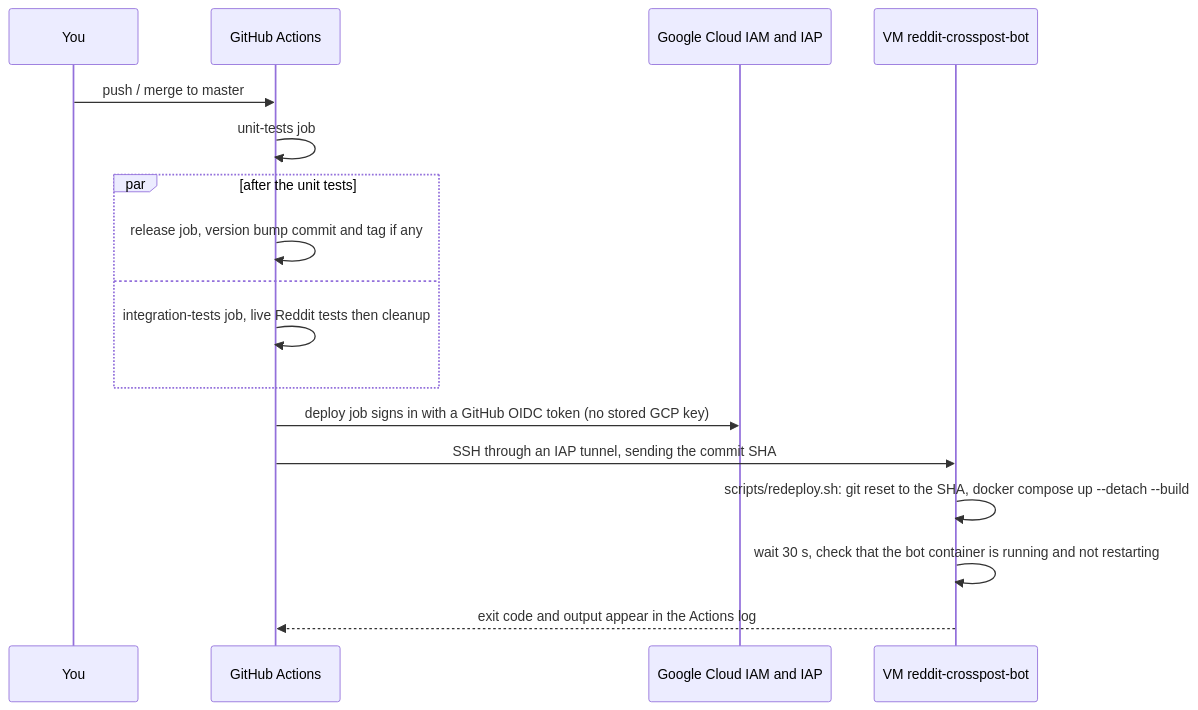
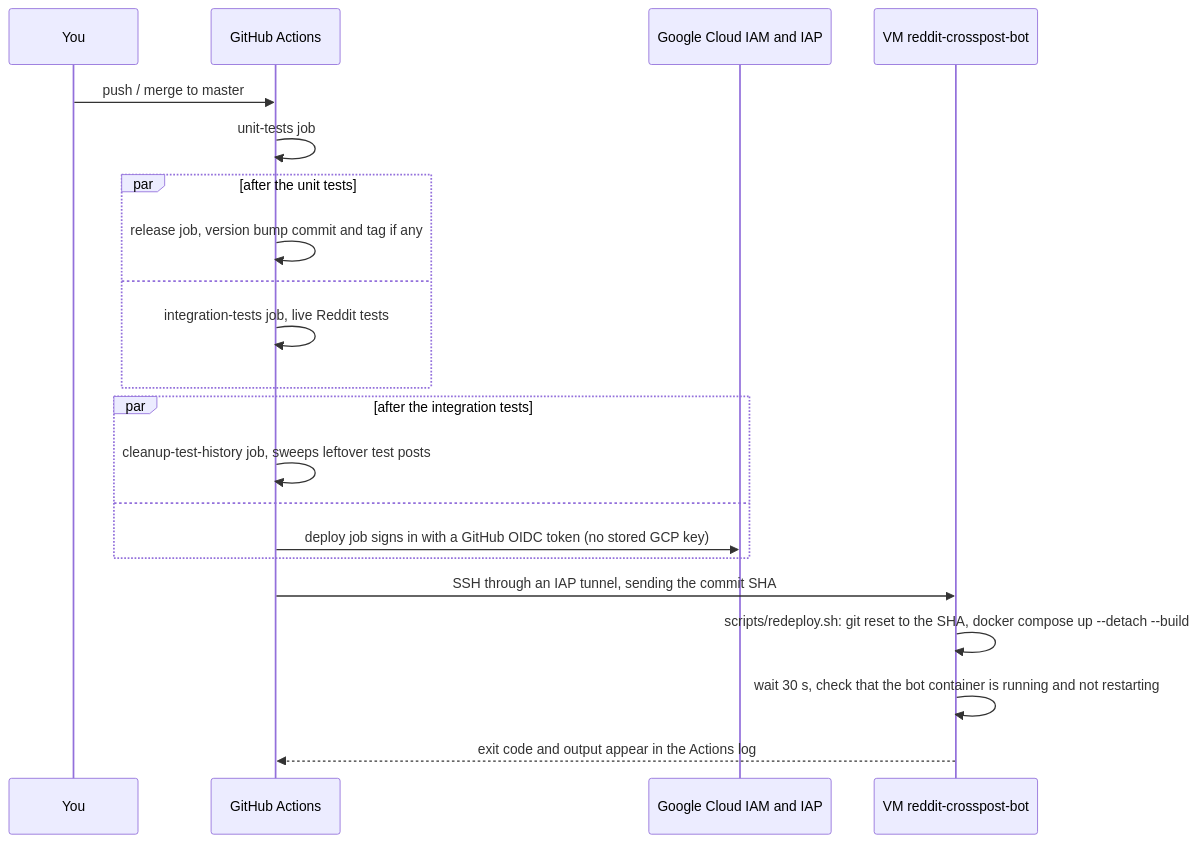
The diagram in docs/auto-deploy.md (Toldry/RedditAutoCrosspostBot), drawn with Mermaid before and after one commit. The commit also changed other lines of this file and 4 other files, not shown here.

First line of the commit message:
ci: sweep leftover test posts in parallel with deploy

````diff
--- a/docs/auto-deploy.md
+++ b/docs/auto-deploy.md
@@ -26,19 +26,23 @@
 ```mermaid
 sequenceDiagram
     participant Dev as You
     participant GH as GitHub Actions
     participant GCP as Google Cloud IAM and IAP
     participant VM as VM reddit-crosspost-bot
     Dev->>GH: push / merge to master
     GH->>GH: unit-tests job
     par after the unit tests
         GH->>GH: release job, version bump commit and tag if any
     and
-        GH->>GH: integration-tests job, live Reddit tests then cleanup
+        GH->>GH: integration-tests job, live Reddit tests
     end
-    GH->>GCP: deploy job signs in with a GitHub OIDC token (no stored GCP key)
+    par after the integration tests
+        GH->>GH: cleanup-test-history job, sweeps leftover test posts
+    and
+        GH->>GCP: deploy job signs in with a GitHub OIDC token (no stored GCP key)
+    end
     GH->>VM: SSH through an IAP tunnel, sending the commit SHA
     VM->>VM: scripts/redeploy.sh: git reset to the SHA, docker compose up --detach --build
     VM->>VM: wait 30 s, check that the bot container is running and not restarting
     VM-->>GH: exit code and output appear in the Actions log
 ```
````
